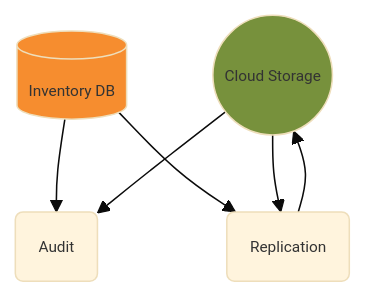
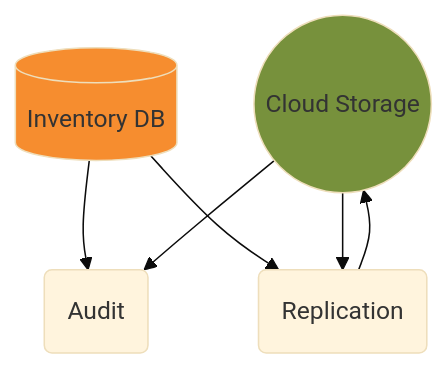
One commit to CDLUC3/mrt-doc changed the diagram in diagrams/overview-replic.mmd. Above: the diagram before and after it, drawn with Mermaid. The commit also changed 11 other files, not shown here.

Commit message:
service diagrams

```diff
--- a/diagrams/overview-replic.mmd
+++ b/diagrams/overview-replic.mmd
@@ -1,14 +1,14 @@
-%%{init: {'theme': 'base', 'themeVariables': { 'fontSize': '10px'}}}%%
+%%{init: {'theme': 'base'}}%%
 graph TD
     CLOUD(("Cloud Storage"))
     RDS[(Inventory DB)]
     AUD(Audit)
     REP(Replication)
     RDS --> AUD
     RDS --> REP
     CLOUD --> AUD
     CLOUD --> REP
     REP --> CLOUD
 
     style CLOUD fill:#77913C
     style RDS fill:#F68D2F
```
